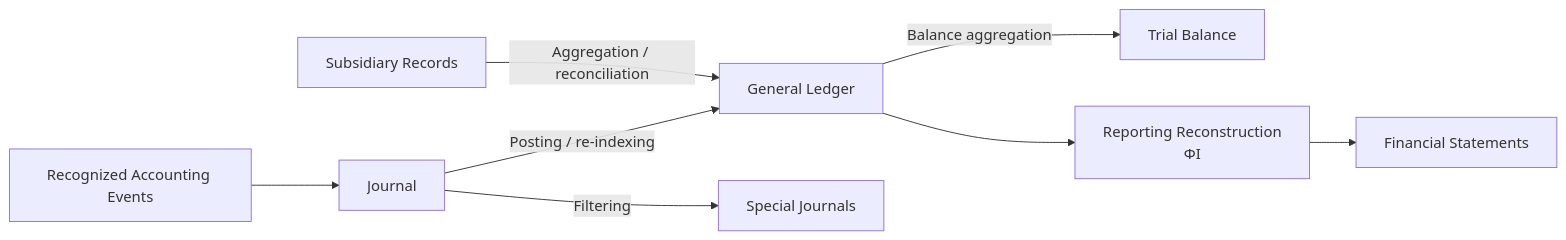
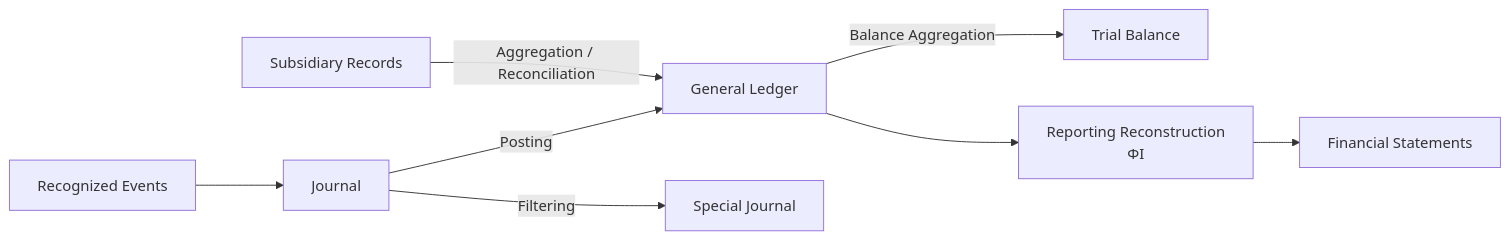
One commit to niikei/accounting-state-model changed the second of 3 diagrams in theory/08-aggregation.md. Above: the diagram before and after it, drawn with Mermaid. The commit also changed other lines of this file and 8 other files, not shown here.

````diff
--- a/theory/08-aggregation.md
+++ b/theory/08-aggregation.md
@@ -1151,30 +728,29 @@
 ```mermaid
 flowchart LR
-    E["Recognized Accounting Events"]
+    E["Recognized Events"]
 
     J["Journal"]
 
     L["General Ledger"]
 
     SUB["Subsidiary Records"]
 
-    SJ["Special Journals"]
+    SJ["Special Journal"]
 
     TB["Trial Balance"]
 
     PHI["Reporting Reconstruction<br/>ΦI"]
 
     FS["Financial Statements"]
 
     E --> J
 
-    J -->|"Posting / re-indexing"| L
+    J -->|"Posting"| L
     J -->|"Filtering"| SJ
 
-    SUB -->|"Aggregation / reconciliation"| L
+    SUB -->|"Aggregation / Reconciliation"| L
 
-    L -->|"Balance aggregation"| TB
+    L -->|"Balance Aggregation"| TB
 
-    L --> PHI
-    PHI --> FS
+    L --> PHI --> FS
 ```
````
